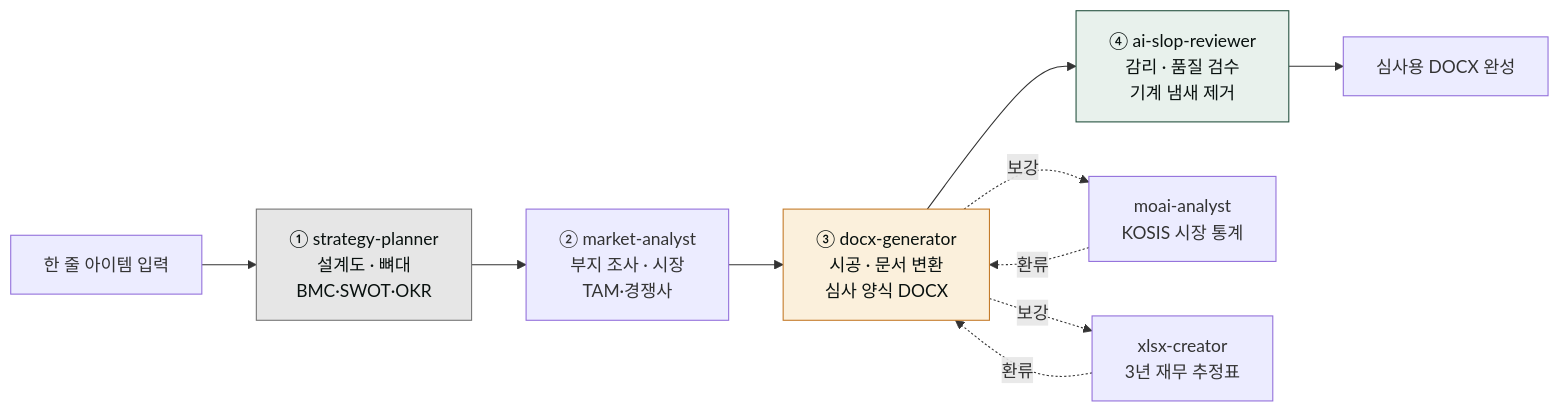
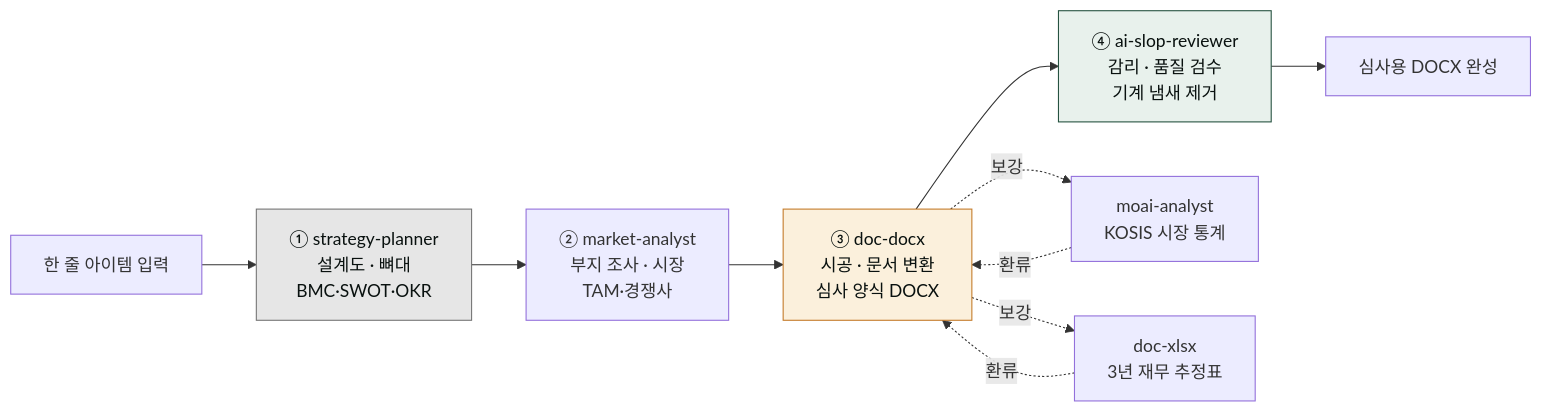
Before and after one commit to modu-ai/cowork-plugins: the third of 3 diagrams in www/content/cookbook/business-plan.md, drawn with Mermaid. The commit also changed other lines of this file and 45 other files, not shown here.

First line of the commit message:
docs(www): 스킬명 정합 + 깨진 링크 수정 + mermaid 보강

````diff
--- a/www/content/cookbook/business-plan.md
+++ b/www/content/cookbook/business-plan.md
@@ -60,17 +60,17 @@
 ```mermaid
 flowchart LR
    Start["한 줄 아이템 입력"] --> S1["① strategy-planner<br/>설계도 · 뼈대<br/>BMC·SWOT·OKR"]
    S1 --> S2["② market-analyst<br/>부지 조사 · 시장<br/>TAM·경쟁사"]
-   S2 --> S3["③ docx-generator<br/>시공 · 문서 변환<br/>심사 양식 DOCX"]
+   S2 --> S3["③ doc-docx<br/>시공 · 문서 변환<br/>심사 양식 DOCX"]
    S3 --> S4["④ ai-slop-reviewer<br/>감리 · 품질 검수<br/>기계 냄새 제거"]
    S4 --> Result["심사용 DOCX 완성"]
 
    S3 -.보강.-> D1["moai-analyst<br/>KOSIS 시장 통계"]
-   S3 -.보강.-> D2["xlsx-creator<br/>3년 재무 추정표"]
+   S3 -.보강.-> D2["doc-xlsx<br/>3년 재무 추정표"]
    D1 -.환류.-> S3
    D2 -.환류.-> S3
 
    style S1 fill:#e6e6e6,stroke:#757575,color:#09110f
    style S3 fill:#fbf0dc,stroke:#c47b2a,color:#09110f
    style S4 fill:#e8f1ec,stroke:#265240,color:#09110f
 ```
````
